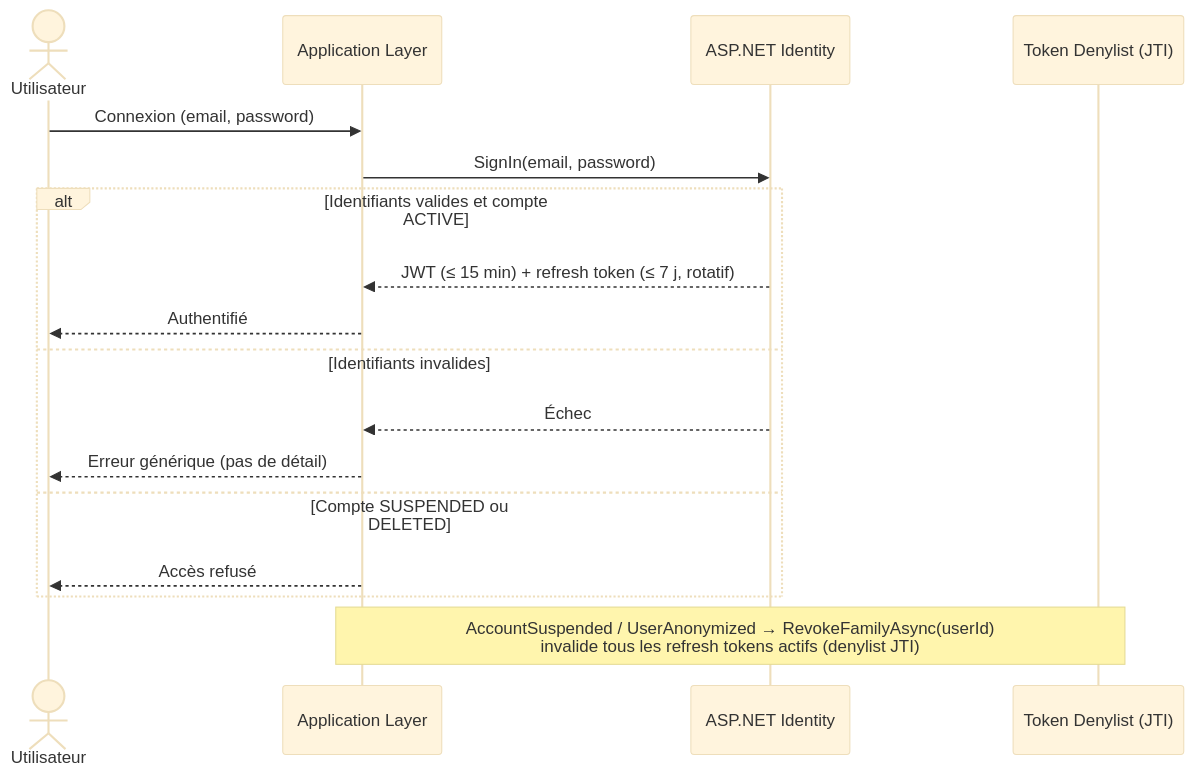
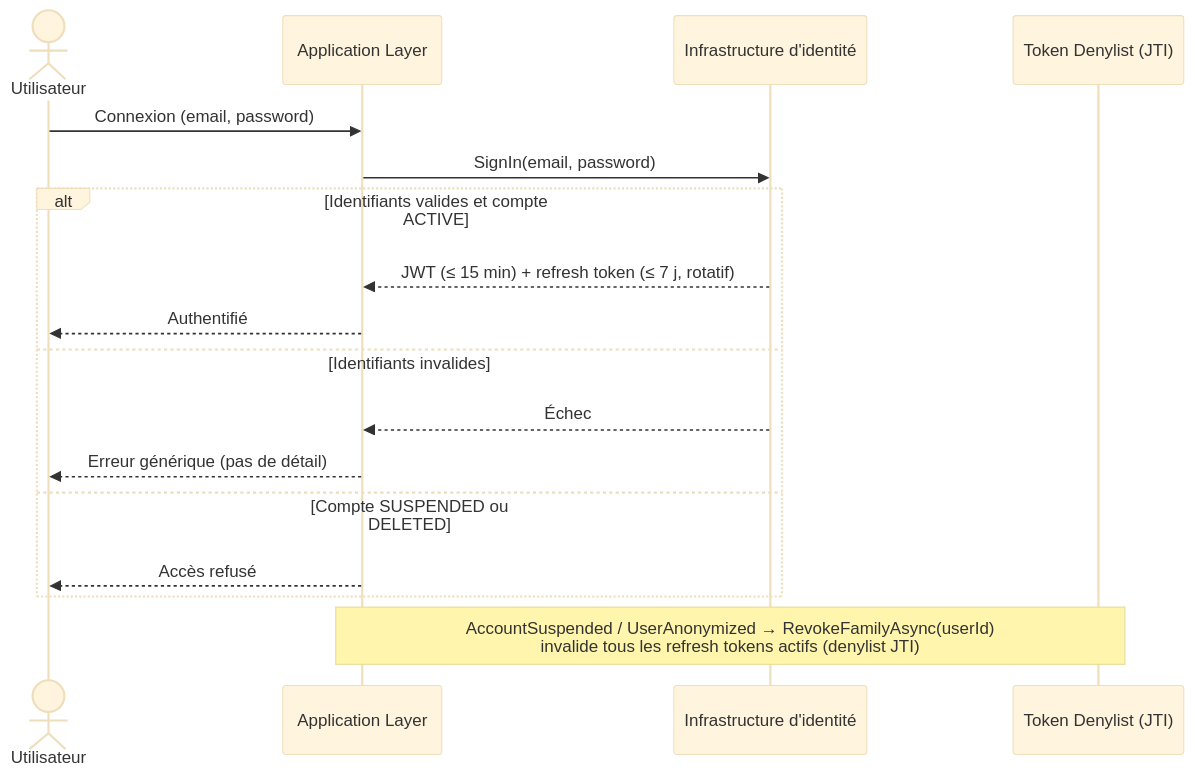
The second of 6 diagrams in docs/conception/domain/diagrams/flows/identity-access.md (2025-10-CDA-ECO-P6/PM-micro-saas), drawn with Mermaid (base theme) before and after one commit. The commit also changed other lines of this file and 68 other files, not shown here.

````diff
--- a/docs/conception/domain/diagrams/flows/identity-access.md
+++ b/docs/conception/domain/diagrams/flows/identity-access.md
@@ -26,20 +26,20 @@
 ```mermaid
 sequenceDiagram
     actor Utilisateur
     participant App as Application Layer
-    participant Identity as ASP.NET Identity
+    participant Identity as Infrastructure d'identité
     participant Denylist as Token Denylist (JTI)
 
     Utilisateur->>App: Connexion (email, password)
     App->>Identity: SignIn(email, password)
     alt Identifiants valides et compte ACTIVE
         Identity-->>App: JWT (≤ 15 min) + refresh token (≤ 7 j, rotatif)
         App-->>Utilisateur: Authentifié
     else Identifiants invalides
         Identity-->>App: Échec
         App-->>Utilisateur: Erreur générique (pas de détail)
     else Compte SUSPENDED ou DELETED
         App-->>Utilisateur: Accès refusé
     end
     Note over App,Denylist: AccountSuspended / UserAnonymized → RevokeFamilyAsync(userId)<br/>invalide tous les refresh tokens actifs (denylist JTI)
 ```
````
